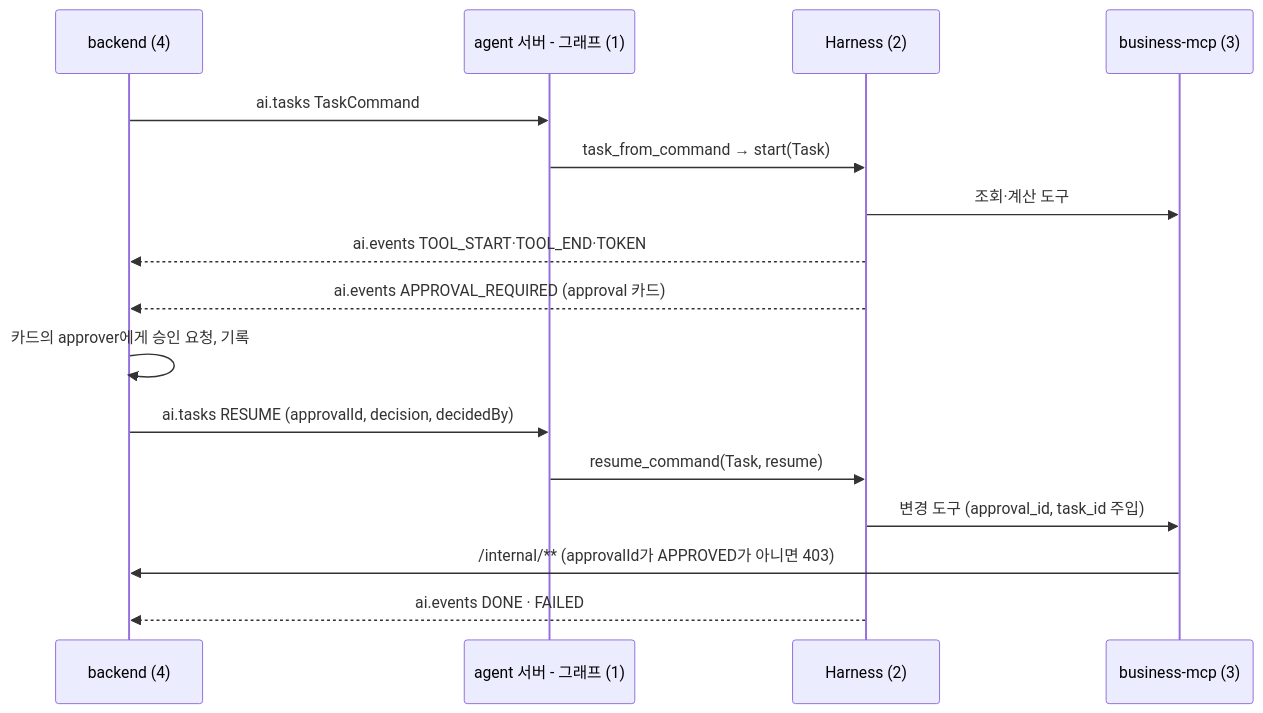
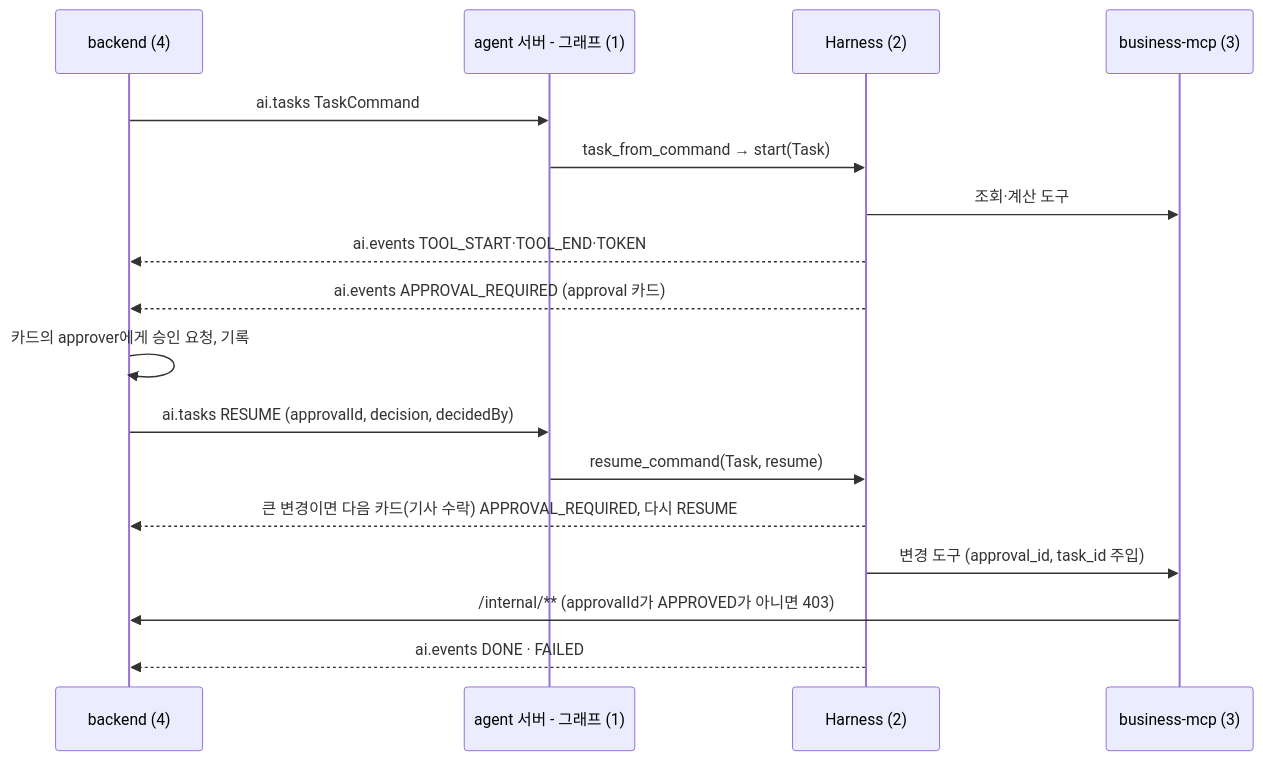
Before and after one commit to HuitaePark/seoul_bike: the second of 2 diagrams in docs/HARNESS.md, drawn with Mermaid. The commit also changed other lines of this file and 3 other files, not shown here.

````diff
--- a/docs/HARNESS.md
+++ b/docs/HARNESS.md
@@ -51,18 +51,19 @@
 ```mermaid
 sequenceDiagram
   participant BE as backend (4)
   participant G as agent 서버 - 그래프 (1)
   participant H as Harness (2)
   participant MCP as business-mcp (3)
   BE->>G: ai.tasks TaskCommand
   G->>H: task_from_command → start(Task)
   H->>MCP: 조회·계산 도구
   H-->>BE: ai.events TOOL_START·TOOL_END·TOKEN
   H-->>BE: ai.events APPROVAL_REQUIRED (approval 카드)
   BE->>BE: 카드의 approver에게 승인 요청, 기록
   BE->>G: ai.tasks RESUME (approvalId, decision, decidedBy)
   G->>H: resume_command(Task, resume)
+  H-->>BE: 큰 변경이면 다음 카드(기사 수락) APPROVAL_REQUIRED, 다시 RESUME
   H->>MCP: 변경 도구 (approval_id, task_id 주입)
   MCP->>BE: /internal/** (approvalId가 APPROVED가 아니면 403)
   H-->>BE: ai.events DONE · FAILED
 ```
````
